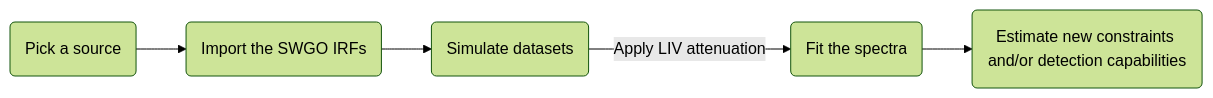
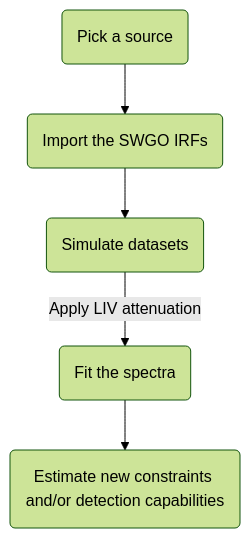
Before and after one commit to filiprescic/filiprescic.github.io: the diagram in docs/projects.md, drawn with Mermaid (forest theme). The commit also changed other lines of this file and 4 other files, not shown here.

````diff
--- a/docs/projects.md
+++ b/docs/projects.md
@@ -43,7 +43,7 @@
 ```mermaid
-graph LR
+graph TD
     A(Pick a source) -->B(Import the SWGO IRFs)
     B --> C(Simulate datasets)
     C --> |Apply LIV attenuation|D(Fit the spectra)
     D --> E(Estimate new constraints and/or detection capabilities)
 ```
````
